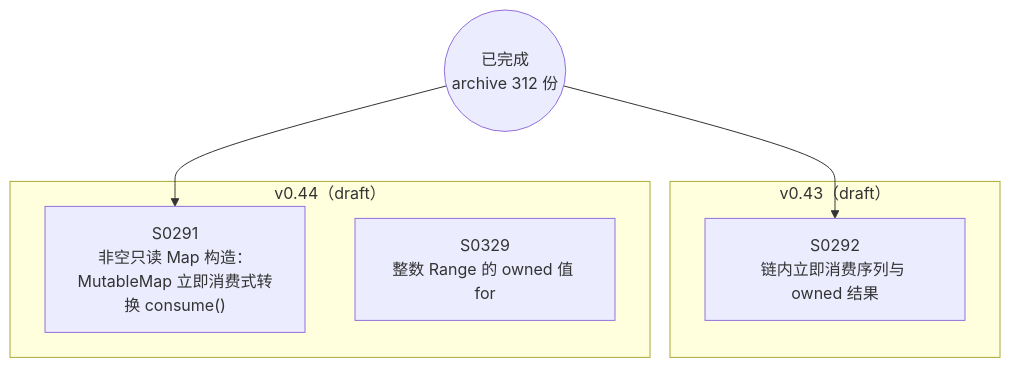
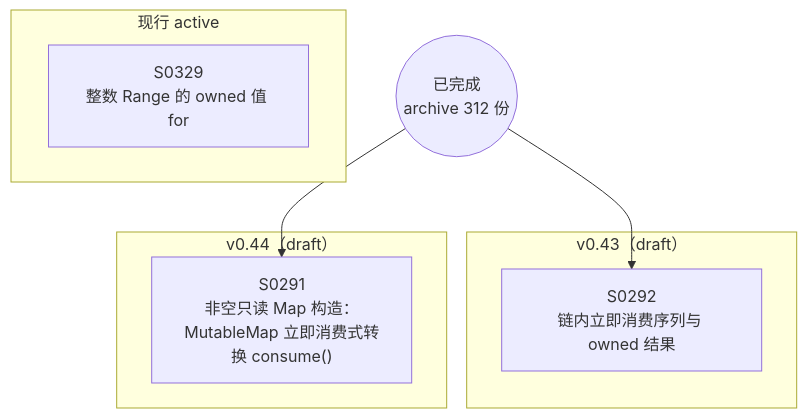
One commit to Halckon/Koven changed the diagram in docs/specs/dependency-graph.md. Above: the diagram before and after it, drawn with Mermaid. The commit also changed other lines of this file and 43 other files, not shown here.

Commit message:
feat(frontend): distinguish owned numeric Range iteration snapshots

````diff
--- a/docs/specs/dependency-graph.md
+++ b/docs/specs/dependency-graph.md
@@ -9,13 +9,15 @@
 ```mermaid
 flowchart TD
 ARCH(("已完成<br/>archive 312 份"))
+subgraph Gactive["现行 active"]
+  S0329["S0329<br/>整数 Range 的 owned 值 for"]
+end
 subgraph Gdrafts_v043["v0.43（draft）"]
   S0292["S0292<br/>链内立即消费序列与 owned 结果"]
 end
 subgraph Gdrafts_v044["v0.44（draft）"]
   S0291["S0291<br/>非空只读 Map 构造：MutableMap 立即消费式转换 consume()"]
-  S0329["S0329<br/>整数 Range 的 owned 值 for"]
 end
 ARCH --> S0291
 ARCH --> S0292
 ```
````
